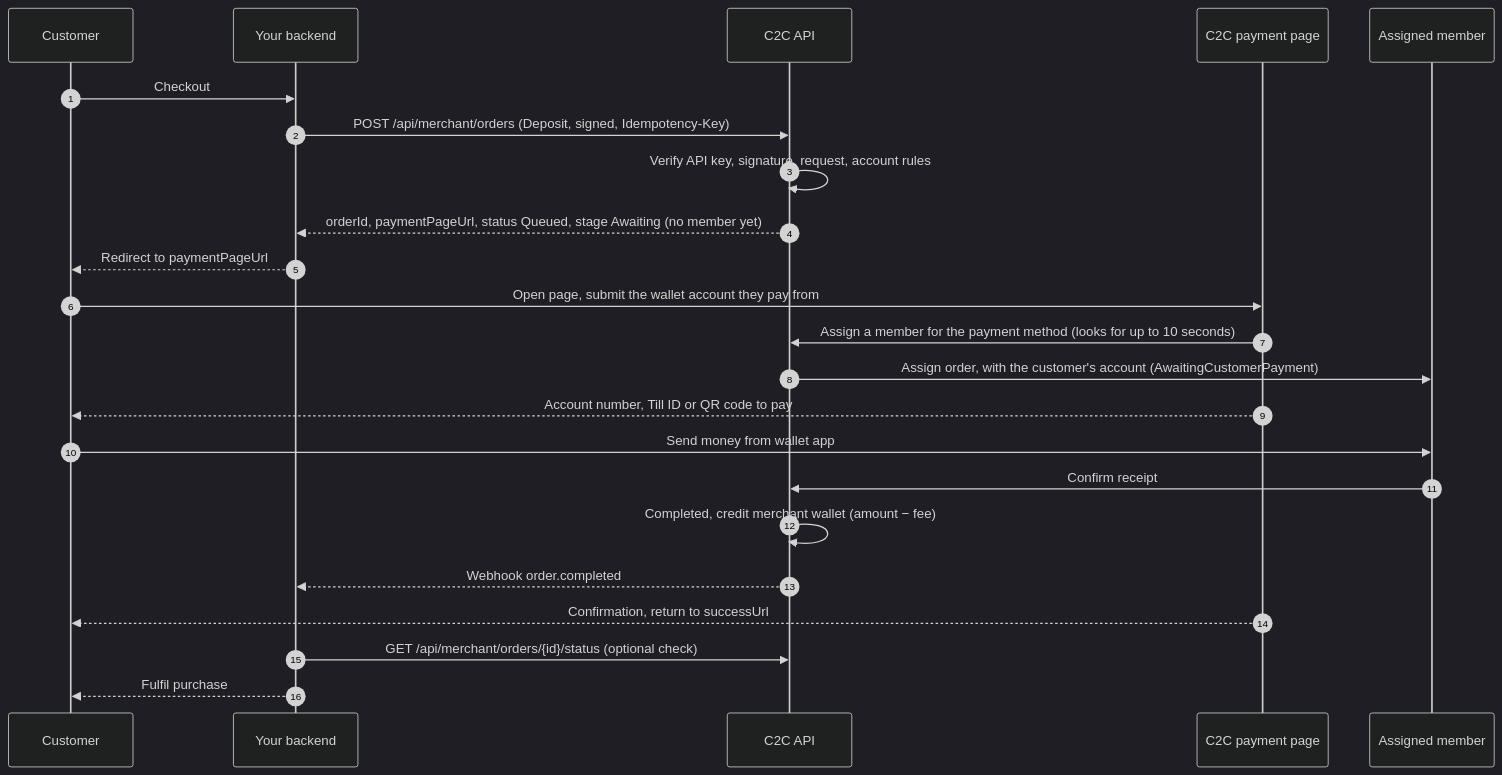
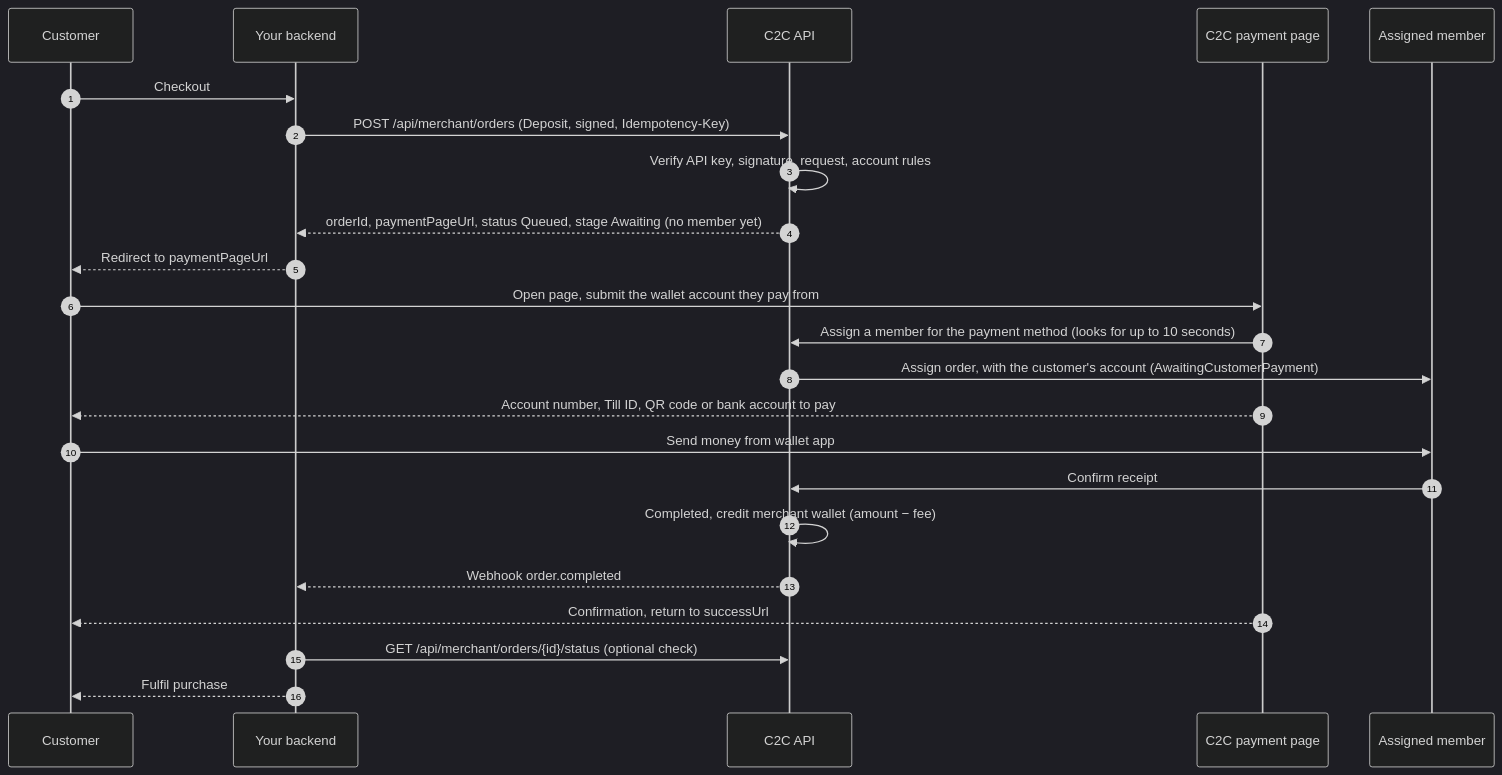
The first of 2 diagrams in guides/deposit-flow.mdx (harisnaseer191/c2c-mintlify-docs), drawn with Mermaid (dark theme) before and after one commit. The commit also changed other lines of this file and 9 other files, not shown here.

First line of the commit message:
Document Bank Account deposits and the Direct Bank Account (#12)

````diff
--- a/guides/deposit-flow.mdx
+++ b/guides/deposit-flow.mdx
@@ -18,26 +18,26 @@
 ```mermaid
 sequenceDiagram
     autonumber
     participant Customer
     participant Merchant as Your backend
     participant C2C as C2C API
     participant Page as C2C payment page
     participant Member as Assigned member
 
     Customer->>Merchant: Checkout
     Merchant->>C2C: POST /api/merchant/orders (Deposit, signed, Idempotency-Key)
     C2C->>C2C: Verify API key, signature, request, account rules
     C2C-->>Merchant: orderId, paymentPageUrl, status Queued, stage Awaiting (no member yet)
     Merchant-->>Customer: Redirect to paymentPageUrl
     Customer->>Page: Open page, submit the wallet account they pay from
     Page->>C2C: Assign a member for the payment method (looks for up to 10 seconds)
     C2C->>Member: Assign order, with the customer's account (AwaitingCustomerPayment)
-    Page-->>Customer: Account number, Till ID or QR code to pay
+    Page-->>Customer: Account number, Till ID, QR code or bank account to pay
     Customer->>Member: Send money from wallet app
     Member->>C2C: Confirm receipt
     C2C->>C2C: Completed, credit merchant wallet (amount − fee)
     C2C-->>Merchant: Webhook order.completed
     Page-->>Customer: Confirmation, return to successUrl
     Merchant->>C2C: GET /api/merchant/orders/{id}/status (optional check)
     Merchant-->>Customer: Fulfil purchase
 ```
````
